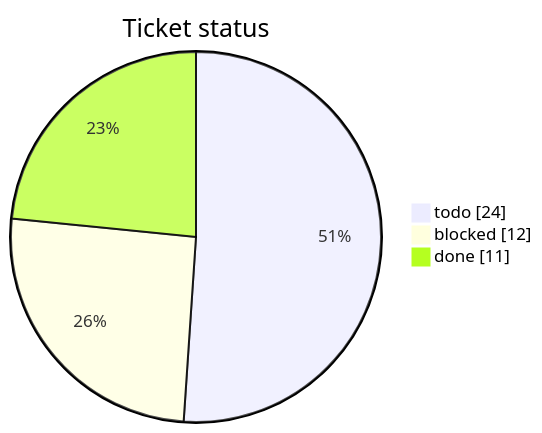
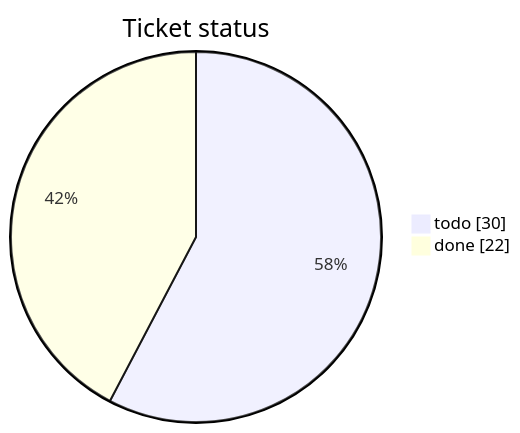
One commit to mohamed-soubhi/bootlab-esp changed the first of 3 diagrams in tickets/TICKETS.md. Above: the diagram before and after it, drawn with Mermaid. The commit also changed other lines of this file and 8 other files, not shown here.

````diff
--- a/tickets/TICKETS.md
+++ b/tickets/TICKETS.md
@@ -11,6 +14,5 @@
 ```mermaid
 pie showData title Ticket status
-    "todo" : 24
-    "blocked" : 12
-    "done" : 11
+    "todo" : 30
+    "done" : 22
 ```
````
